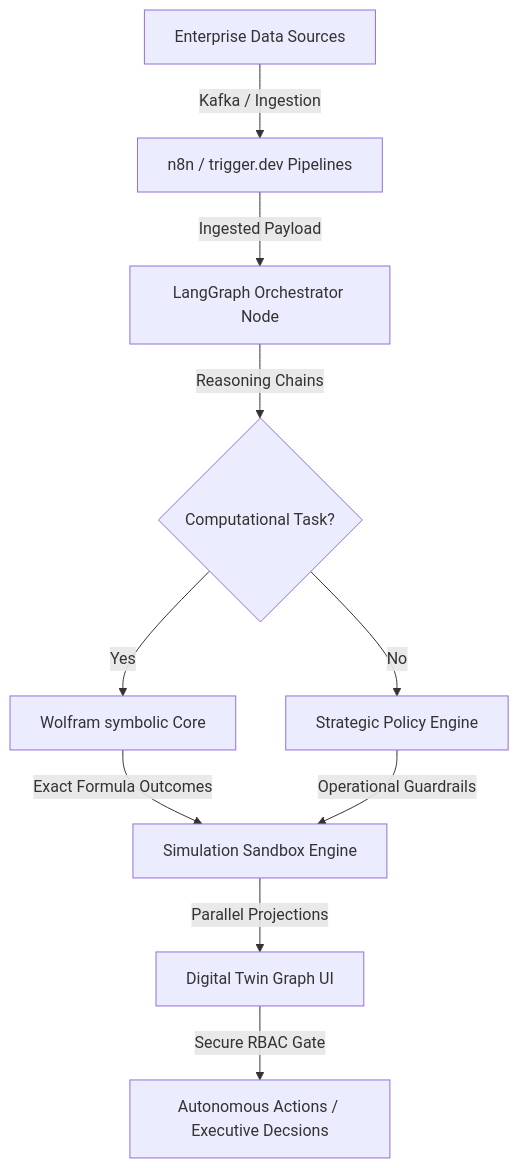
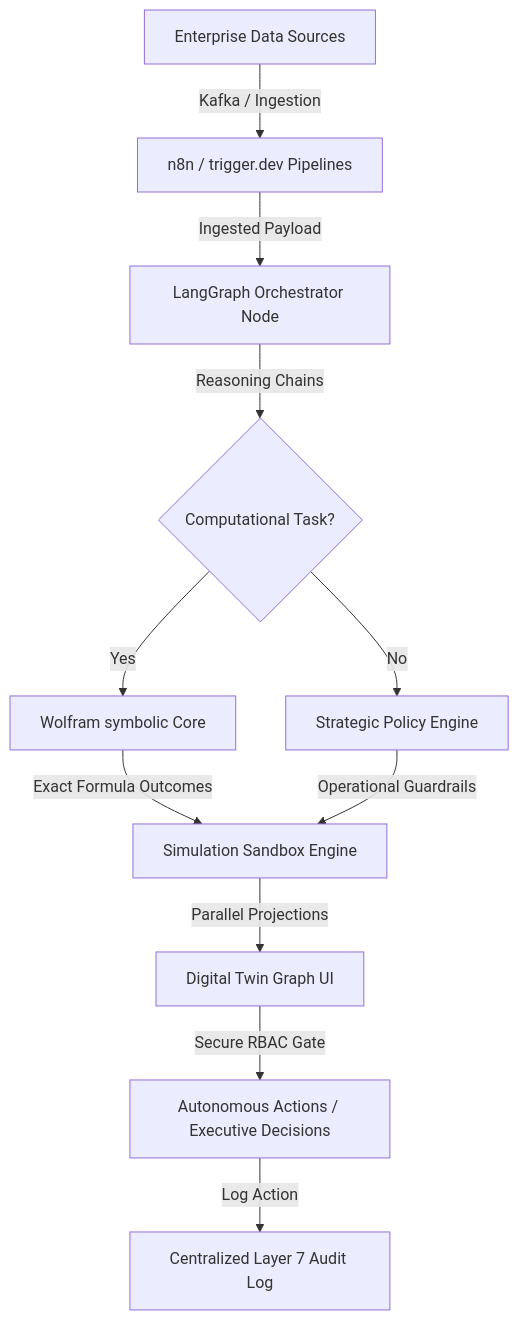
One commit to karanscosmo/santrix changed the diagram in README.md. Above: the diagram before and after it, drawn with Mermaid. The commit also changed other lines of this file and 41 other files, not shown here.

````diff
--- a/README.md
+++ b/README.md
@@ -33,12 +43,13 @@
 ```mermaid
 graph TD
     A[Enterprise Data Sources] -->|Kafka / Ingestion| B[n8n / trigger.dev Pipelines]
     B -->|Ingested Payload| C[LangGraph Orchestrator Node]
     C -->|Reasoning Chains| D{Computational Task?}
     D -->|Yes| E[Wolfram symbolic Core]
     D -->|No| F[Strategic Policy Engine]
     E -->|Exact Formula Outcomes| G[Simulation Sandbox Engine]
     F -->|Operational Guardrails| G
     G -->|Parallel Projections| H[Digital Twin Graph UI]
-    H -->|Secure RBAC Gate| I[Autonomous Actions / Executive Decsions]
+    H -->|Secure RBAC Gate| I[Autonomous Actions / Executive Decisions]
+    I -->|Log Action| J[Centralized Layer 7 Audit Log]
 ```
````
